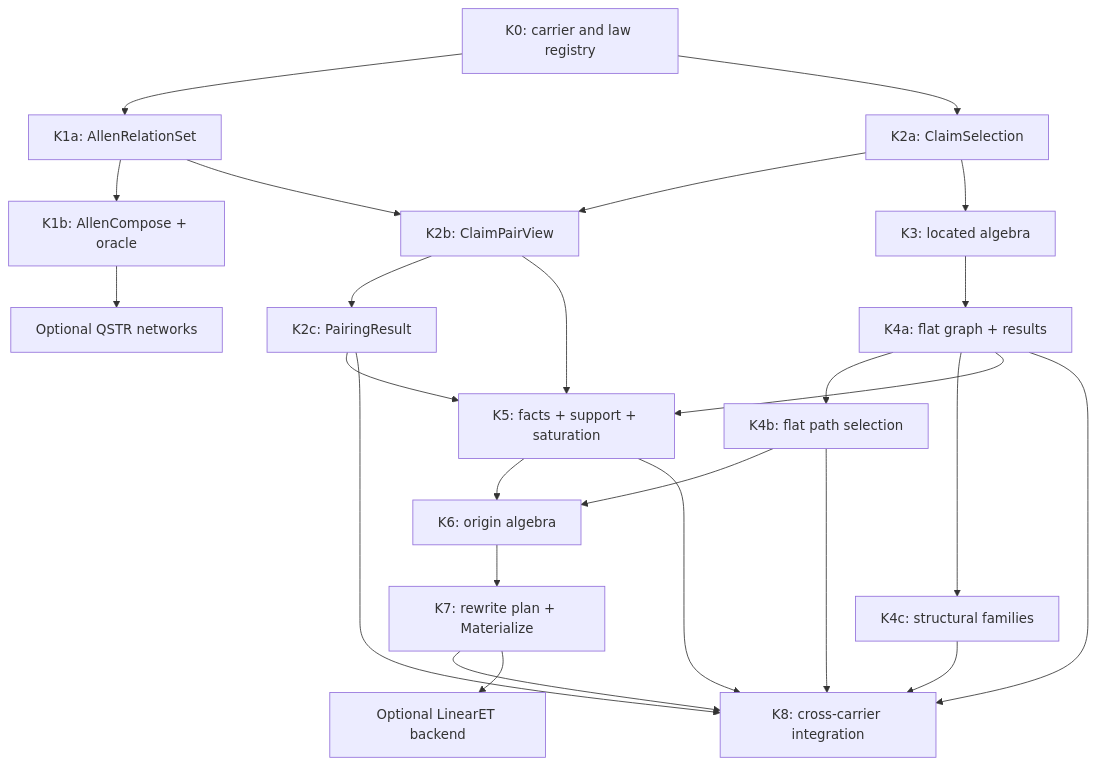
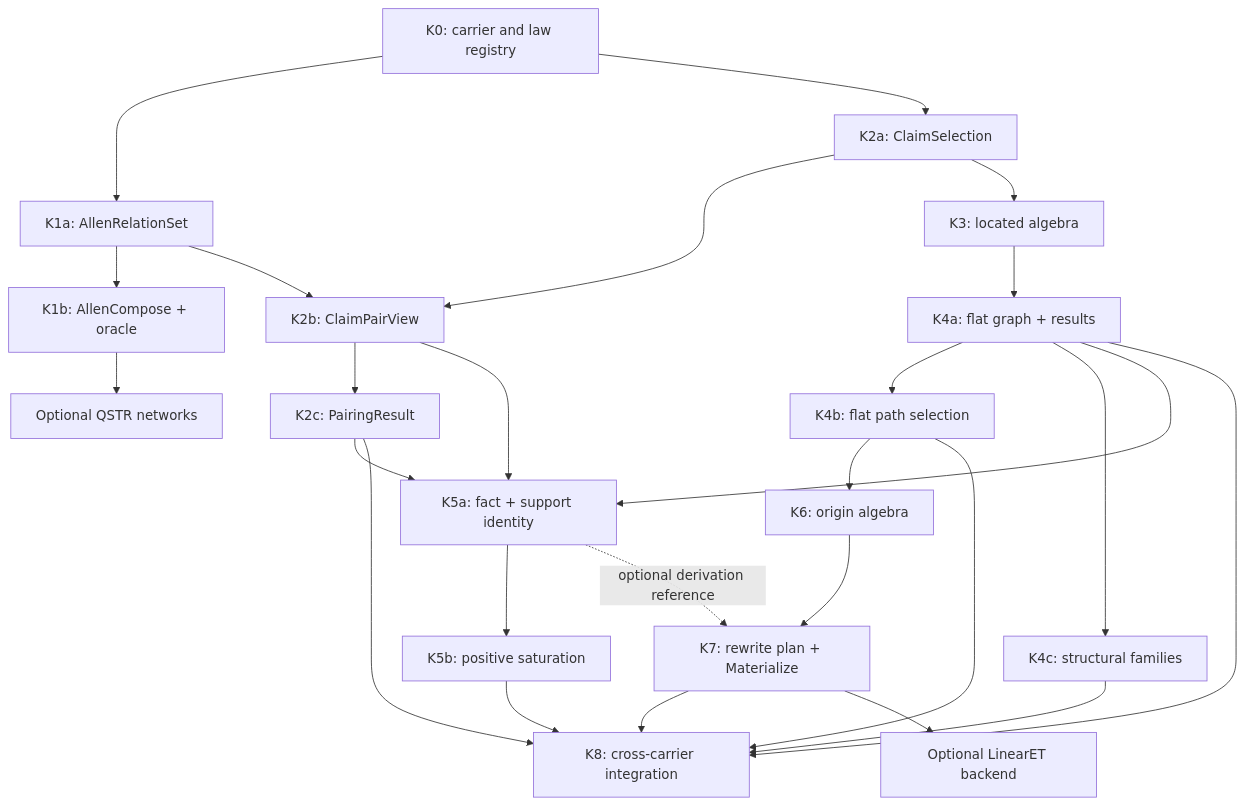
Before and after one commit to aghado01/codex-scientiae: the diagram in issues/doccer/planning/architecture-expansion-workplan.md, drawn with Mermaid. The commit also changed other lines of this file and 21 other files, not shown here.

```diff
--- a/issues/doccer/planning/architecture-expansion-workplan.md
+++ b/issues/doccer/planning/architecture-expansion-workplan.md
@@ -139,44 +141,46 @@
 ~~~mermaid
 flowchart TD
     K0["K0: carrier and law registry"]
     K1A["K1a: AllenRelationSet"]
     K1B["K1b: AllenCompose + oracle"]
     K2A["K2a: ClaimSelection"]
     K2B["K2b: ClaimPairView"]
     K2C["K2c: PairingResult"]
     K3["K3: located algebra"]
     K4A["K4a: flat graph + results"]
     K4B["K4b: flat path selection"]
     K4C["K4c: structural families"]
-    K5["K5: facts + support + saturation"]
+    K5A["K5a: fact + support identity"]
+    K5B["K5b: positive saturation"]
     K6["K6: origin algebra"]
     K7["K7: rewrite plan + Materialize"]
     W["K8: cross-carrier integration"]
     Q["Optional QSTR networks"]
     ET["Optional LinearET backend"]
 
     K0 --> K1A
     K1A --> K1B
     K0 --> K2A
     K1A --> K2B
     K2A --> K2B
     K2B --> K2C
     K2A --> K3
     K3 --> K4A
     K4A --> K4B
     K4A --> K4C
-    K2B --> K5
-    K2C --> K5
-    K4A --> K5
+    K2B --> K5A
+    K2C --> K5A
+    K4A --> K5A
+    K5A --> K5B
     K4B --> K6
-    K5 --> K6
     K6 --> K7
+    K5A -.->|optional derivation reference| K7
     K2C --> W
     K4A --> W
     K4B --> W
     K4C --> W
-    K5 --> W
+    K5B --> W
     K7 --> W
     K1B --> Q
     K7 --> ET
 ~~~
```
